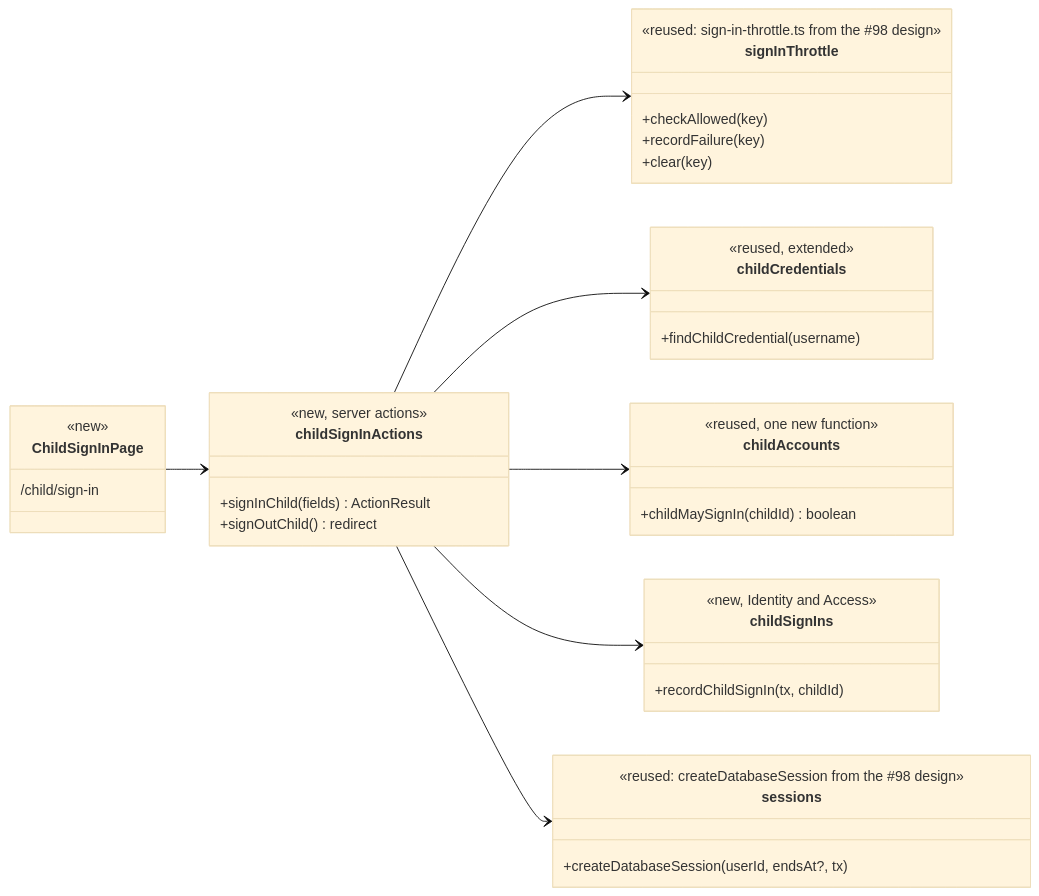
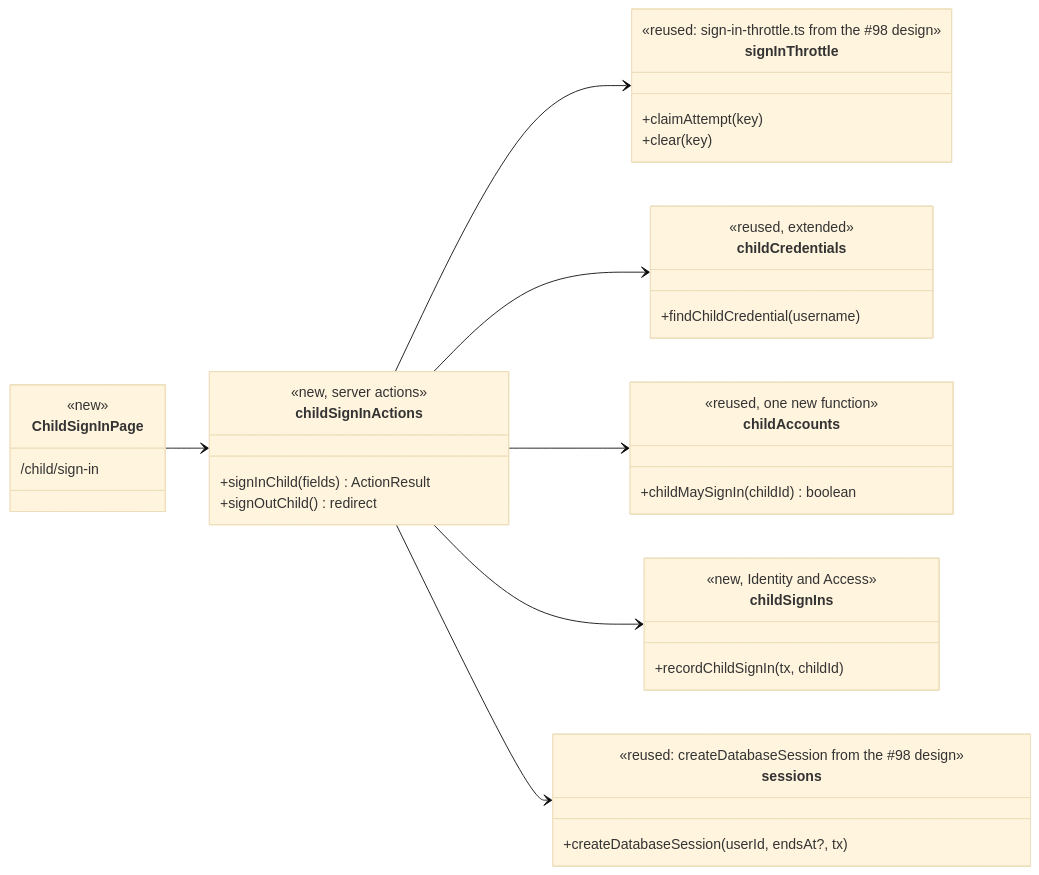
The third of 9 diagrams in design/shlf.md (videogames21/book_buddies), drawn with Mermaid (base theme) before and after one commit. The commit also changed other lines of this file and 2 other files, not shown here.

First line of the commit message:
Address second review of #106: session expiry, atomic throttle claim, shared tablets

````diff
--- a/design/shlf.md
+++ b/design/shlf.md
@@ -151,41 +151,40 @@
 ```mermaid
 classDiagram
     direction LR
     class ChildSignInPage {
         <<new>>
         /child/sign-in
     }
     class childSignInActions {
         <<new, server actions>>
         +signInChild(fields) ActionResult
         +signOutChild() redirect
     }
     class signInThrottle {
         <<reused: sign-in-throttle.ts from the #98 design>>
-        +checkAllowed(key)
-        +recordFailure(key)
+        +claimAttempt(key)
         +clear(key)
     }
     class childSignIns {
         <<new, Identity and Access>>
         +recordChildSignIn(tx, childId)
     }
     class childCredentials {
         <<reused, extended>>
         +findChildCredential(username)
     }
     class childAccounts {
         <<reused, one new function>>
         +childMaySignIn(childId) boolean
     }
     class sessions {
         <<reused: createDatabaseSession from the #98 design>>
         +createDatabaseSession(userId, endsAt?, tx)
     }
     ChildSignInPage --> childSignInActions
     childSignInActions --> signInThrottle
     childSignInActions --> childCredentials
     childSignInActions --> childAccounts
     childSignInActions --> childSignIns
     childSignInActions --> sessions
 ```
````
